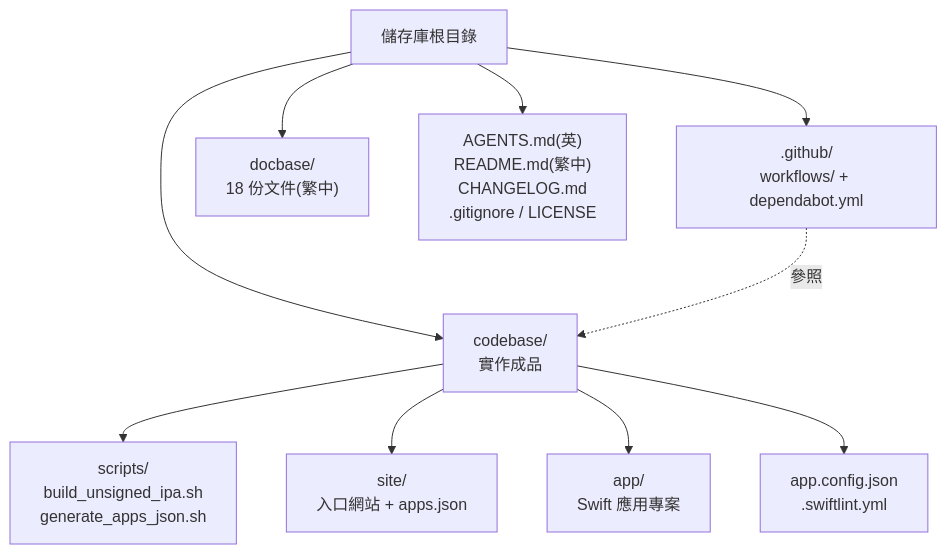
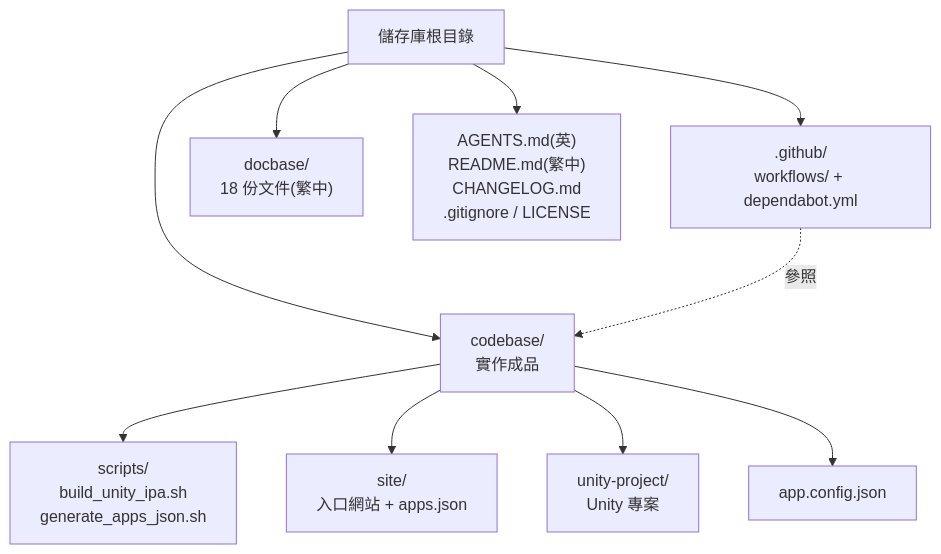
Before and after one commit to Mcc-Mak/ios-app: the diagram in AGENTS.md, drawn with Mermaid. The commit also changed other lines of this file and 37 other files, not shown here.

````diff
--- a/AGENTS.md
+++ b/AGENTS.md
@@ -23,12 +23,12 @@
 ```mermaid
 flowchart TD
   root["儲存庫根目錄"] --> gh[".github/<br/>workflows/ + dependabot.yml"]
   root --> codebase["codebase/<br/>實作成品"]
-  codebase --> scripts["scripts/<br/>build_unsigned_ipa.sh<br/>generate_apps_json.sh"]
+  codebase --> scripts["scripts/<br/>build_unity_ipa.sh<br/>generate_apps_json.sh"]
   codebase --> site["site/<br/>入口網站 + apps.json"]
-  codebase --> app["app/<br/>Swift 應用專案"]
-  codebase --> cfg["app.config.json<br/>.swiftlint.yml"]
+  codebase --> app["unity-project/<br/>Unity 專案"]
+  codebase --> cfg["app.config.json"]
   root --> docbase["docbase/<br/>18 份文件(繁中)"]
   root --> rootdocs["AGENTS.md(英)<br/>README.md(繁中)<br/>CHANGELOG.md<br/>.gitignore / LICENSE"]
   gh -.參照.-> codebase
 ```
````
